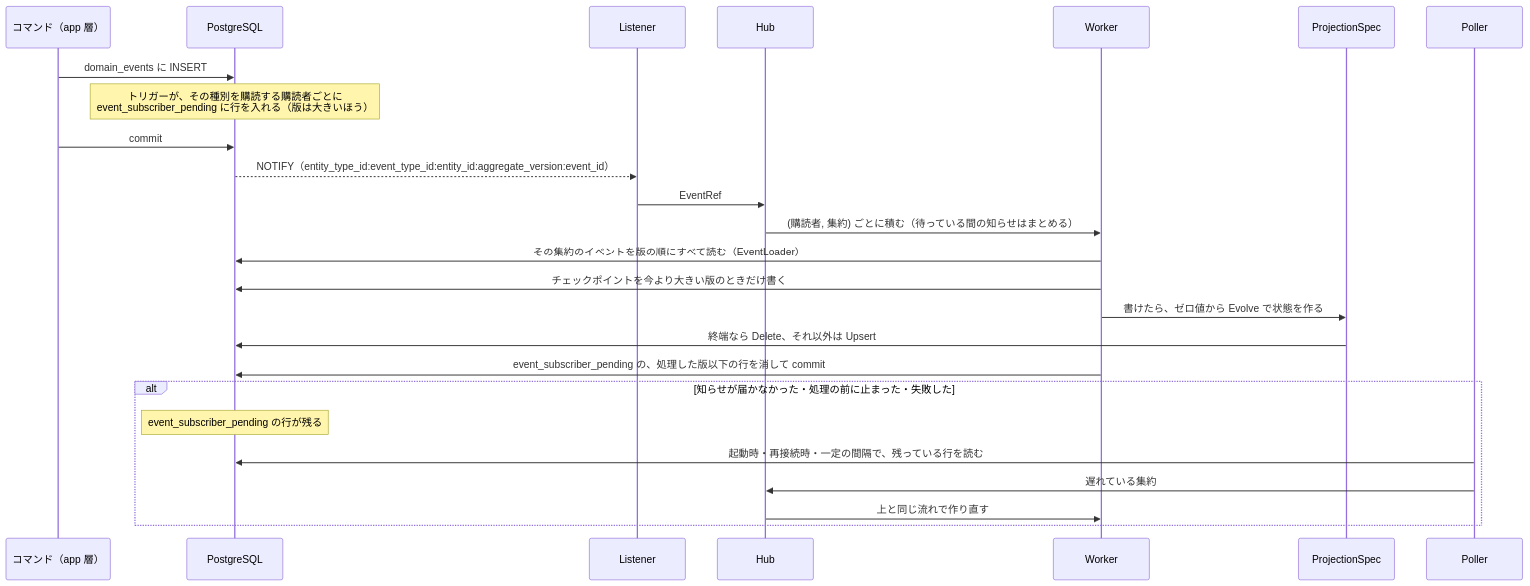
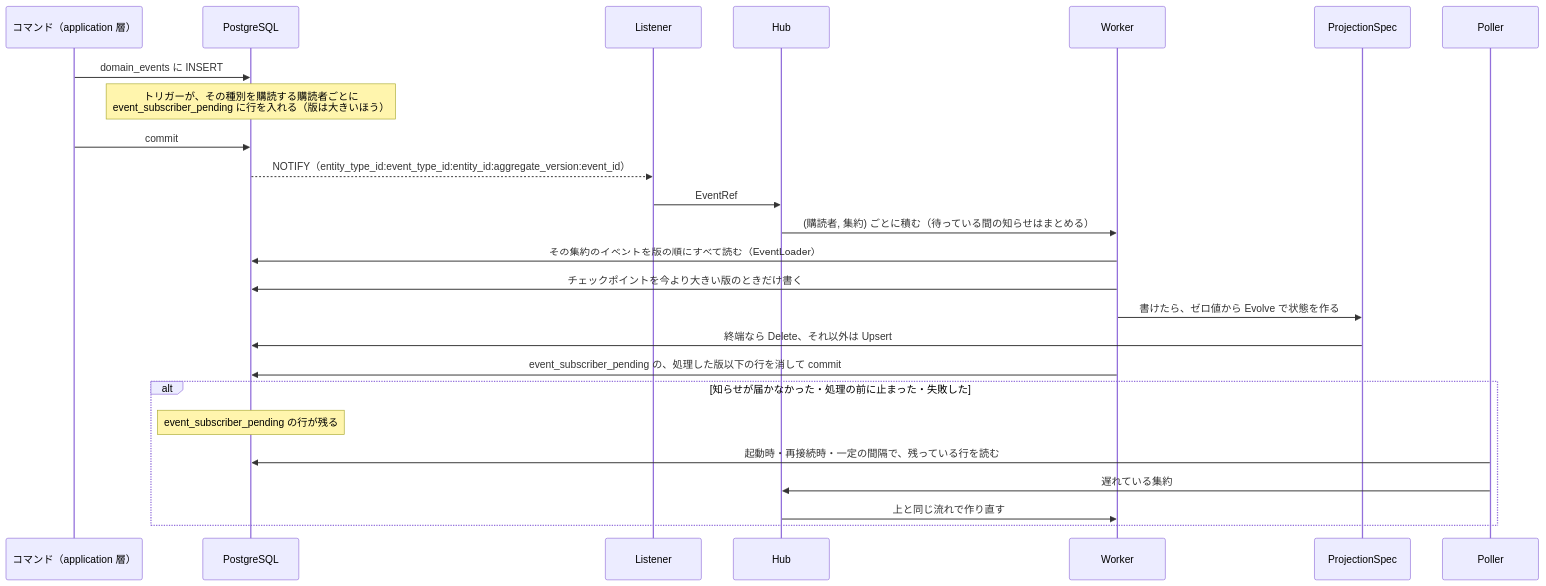
The second of 3 diagrams in internal/eventdriven/README.md (aimerzarashi/cardicedge-core), drawn with Mermaid before and after one commit. The commit also changed other lines of this file and 138 other files, not shown here.

````diff
--- a/internal/eventdriven/README.md
+++ b/internal/eventdriven/README.md
@@ -50,29 +50,29 @@
 ```mermaid
 sequenceDiagram
-  participant C as コマンド（app 層）
+  participant C as コマンド（application 層）
   participant DB as PostgreSQL
   participant L as Listener
   participant H as Hub
   participant W as Worker
   participant P as ProjectionSpec
   participant PL as Poller
 
   C->>DB: domain_events に INSERT
   Note over DB: トリガーが、その種別を購読する購読者ごとに<br/>event_subscriber_pending に行を入れる（版は大きいほう）
   C->>DB: commit
   DB-->>L: NOTIFY（entity_type_id:event_type_id:entity_id:aggregate_version:event_id）
   L->>H: EventRef
   H->>W: (購読者, 集約) ごとに積む（待っている間の知らせはまとめる）
   W->>DB: その集約のイベントを版の順にすべて読む（EventLoader）
   W->>DB: チェックポイントを今より大きい版のときだけ書く
   W->>P: 書けたら、ゼロ値から Evolve で状態を作る
   P->>DB: 終端なら Delete、それ以外は Upsert
   W->>DB: event_subscriber_pending の、処理した版以下の行を消して commit
 
   alt 知らせが届かなかった・処理の前に止まった・失敗した
     Note over DB: event_subscriber_pending の行が残る
     PL->>DB: 起動時・再接続時・一定の間隔で、残っている行を読む
     PL->>H: 遅れている集約
     H->>W: 上と同じ流れで作り直す
   end
 ```
````
